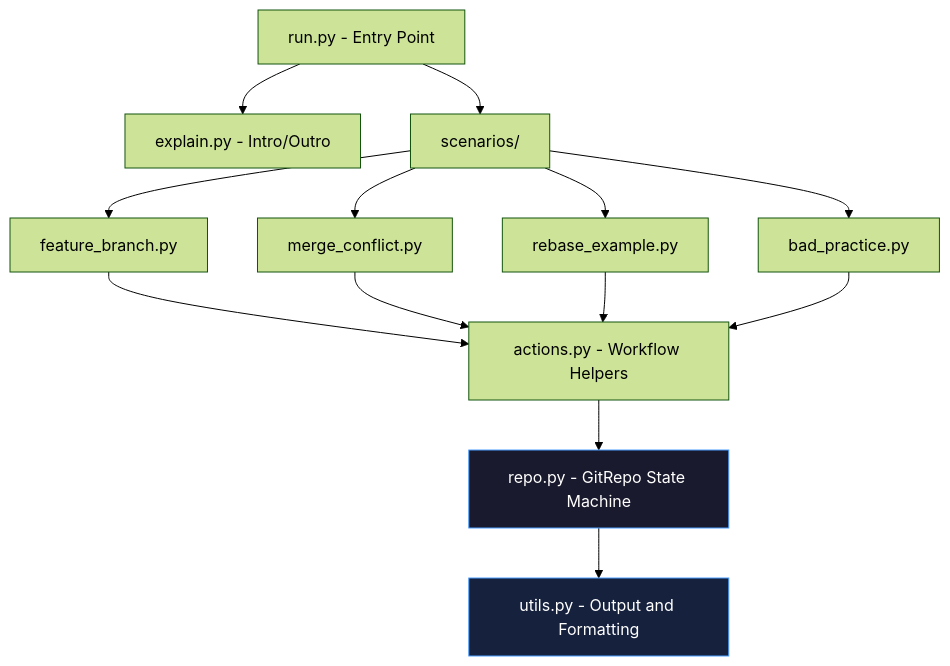
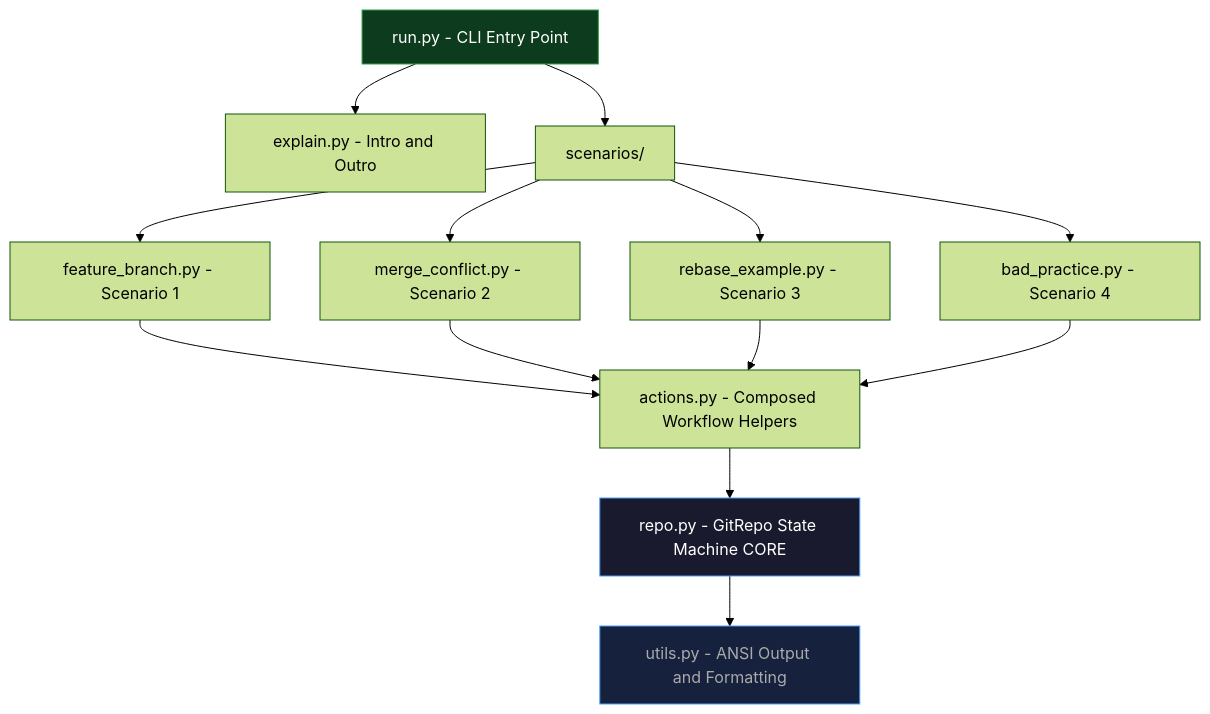
Before and after one commit to hkevin01/gitsim: the first of 6 diagrams in README.md, drawn with Mermaid (forest theme). The commit also changed other lines of this file, not shown here.

Commit message:
Implement feature X to enhance user experience and fix bug Y in module Z

````diff
--- a/README.md
+++ b/README.md
@@ -103,14 +113,15 @@
 ```mermaid
 graph TD
-    A[run.py - Entry Point] --> B[explain.py - Intro/Outro]
+    A[run.py - CLI Entry Point] --> B[explain.py - Intro and Outro]
     A --> C[scenarios/]
-    C --> D[feature_branch.py]
-    C --> E[merge_conflict.py]
-    C --> F[rebase_example.py]
-    C --> G[bad_practice.py]
-    D & E & F & G --> H[actions.py - Workflow Helpers]
-    H --> I[repo.py - GitRepo State Machine]
-    I --> J[utils.py - Output and Formatting]
+    C --> D[feature_branch.py - Scenario 1]
+    C --> E[merge_conflict.py - Scenario 2]
+    C --> F[rebase_example.py - Scenario 3]
+    C --> G[bad_practice.py - Scenario 4]
+    D & E & F & G --> H[actions.py - Composed Workflow Helpers]
+    H --> I[repo.py - GitRepo State Machine CORE]
+    I --> J[utils.py - ANSI Output and Formatting]
     style I fill:#1a1a2e,stroke:#4a9eff,color:#fff
-    style J fill:#16213e,stroke:#4a9eff,color:#fff
+    style J fill:#16213e,stroke:#4a9eff,color:#aaa
+    style A fill:#0d3b1e,stroke:#2ea043,color:#fff
 ```
````
